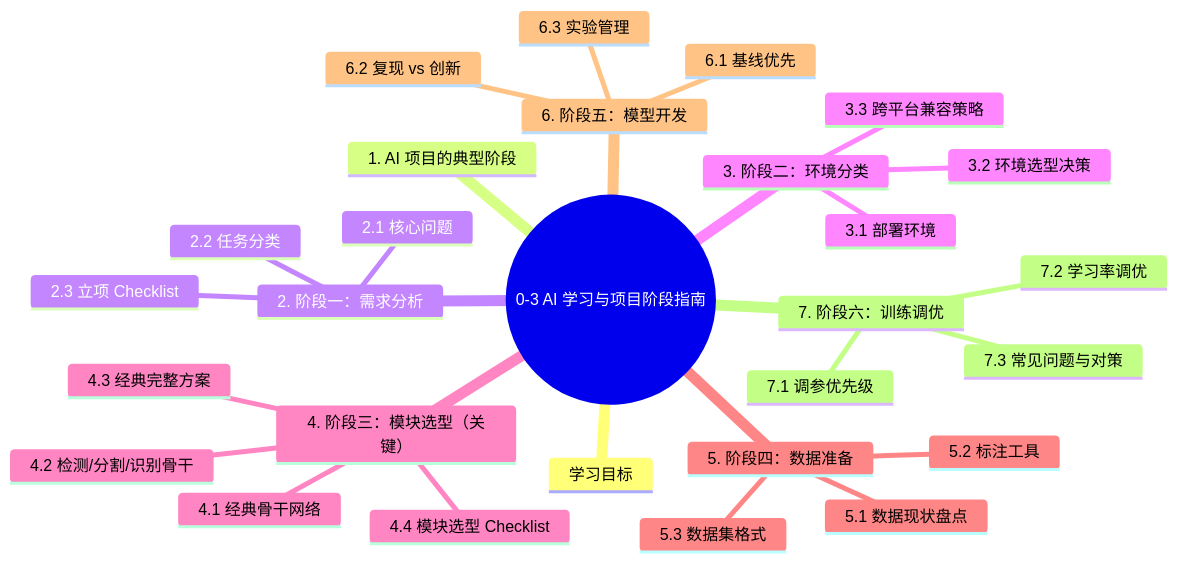
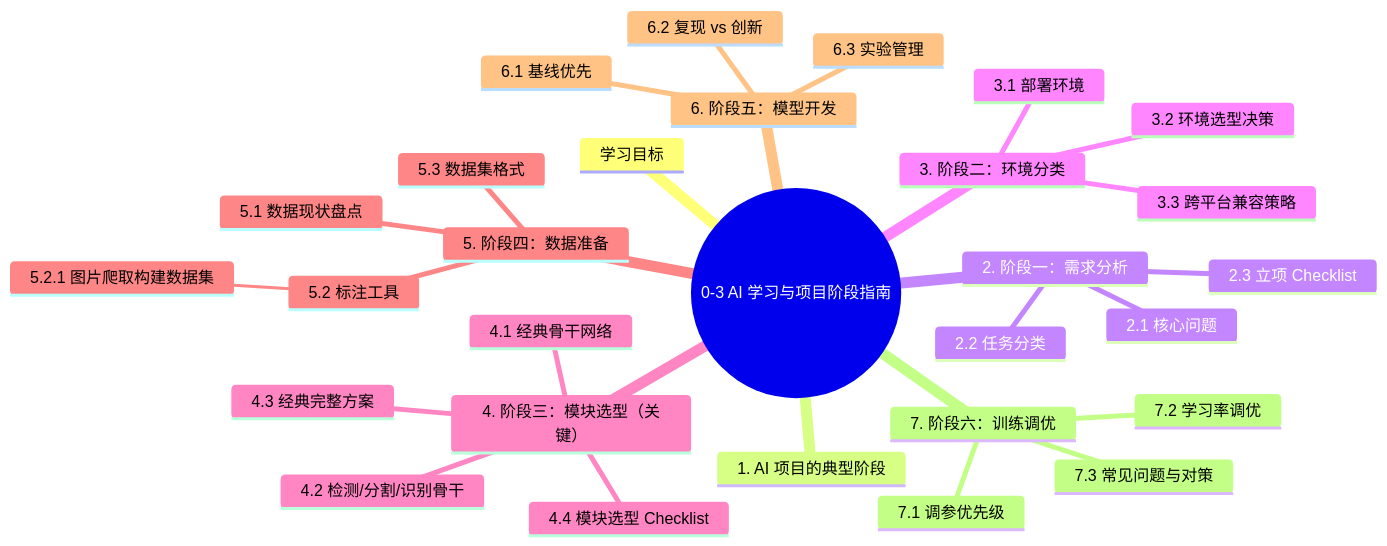
Before and after one commit to dwSun/AI-Tutorial: the seventh of 7 diagrams in chapters/PART0-人工智能导论/0-3-AI学习与项目阶段指南.md, drawn with Mermaid. The commit also changed other lines of this file and 20 other files, not shown here.

````diff
--- a/chapters/PART0-人工智能导论/0-3-AI学习与项目阶段指南.md
+++ b/chapters/PART0-人工智能导论/0-3-AI学习与项目阶段指南.md
@@ -645,31 +732,32 @@
 ```mermaid
 mindmap
   root((0-3 AI 学习与项目阶段指南))
     学习目标
     1. AI 项目的典型阶段
     2. 阶段一：需求分析
       2.1 核心问题
       2.2 任务分类
       2.3 立项 Checklist
     3. 阶段二：环境分类
       3.1 部署环境
       3.2 环境选型决策
       3.3 跨平台兼容策略
     4. 阶段三：模块选型（关键）
       4.1 经典骨干网络
       4.2 检测/分割/识别骨干
       4.3 经典完整方案
       4.4 模块选型 Checklist
     5. 阶段四：数据准备
       5.1 数据现状盘点
       5.2 标注工具
+        5.2.1 图片爬取构建数据集
       5.3 数据集格式
     6. 阶段五：模型开发
       6.1 基线优先
       6.2 复现 vs 创新
       6.3 实验管理
     7. 阶段六：训练调优
       7.1 调参优先级
       7.2 学习率调优
       7.3 常见问题与对策
 ```
````
